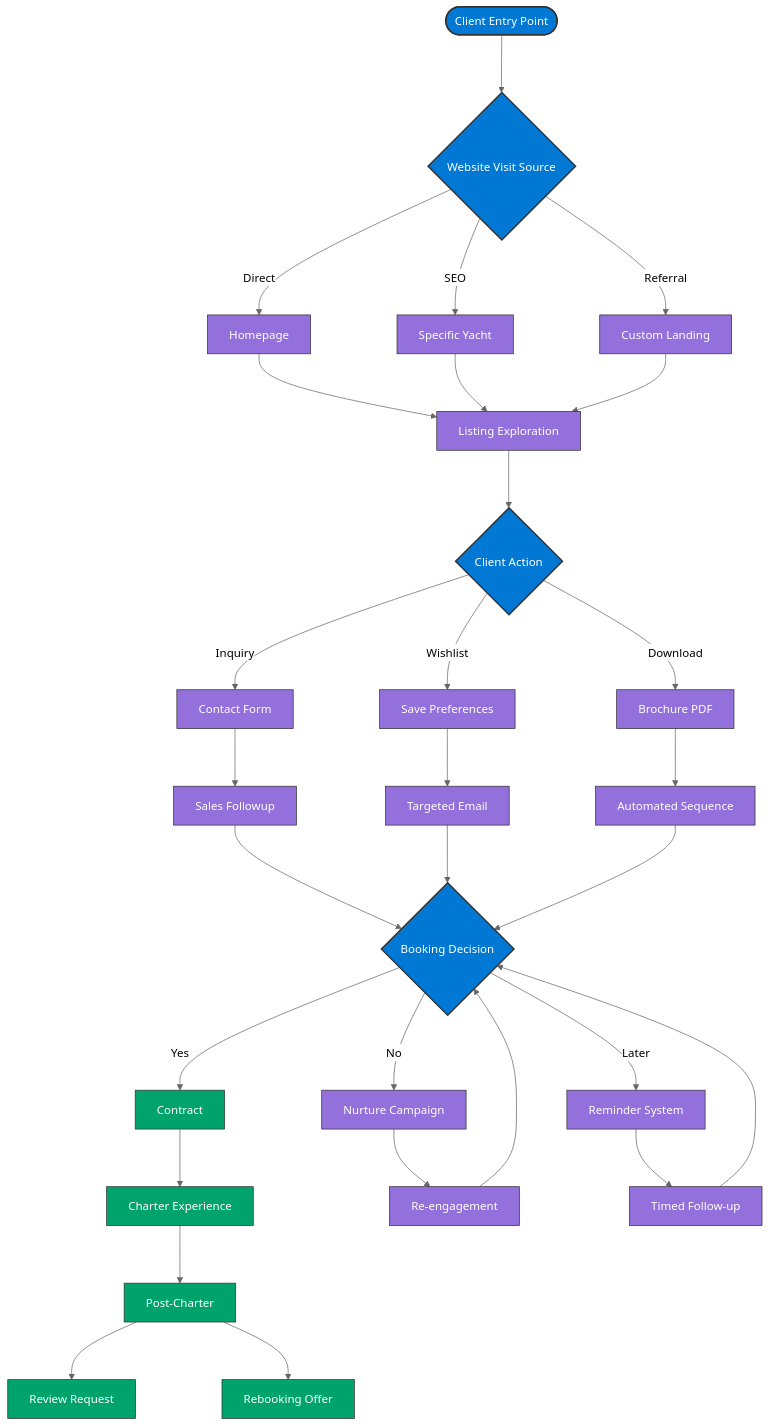
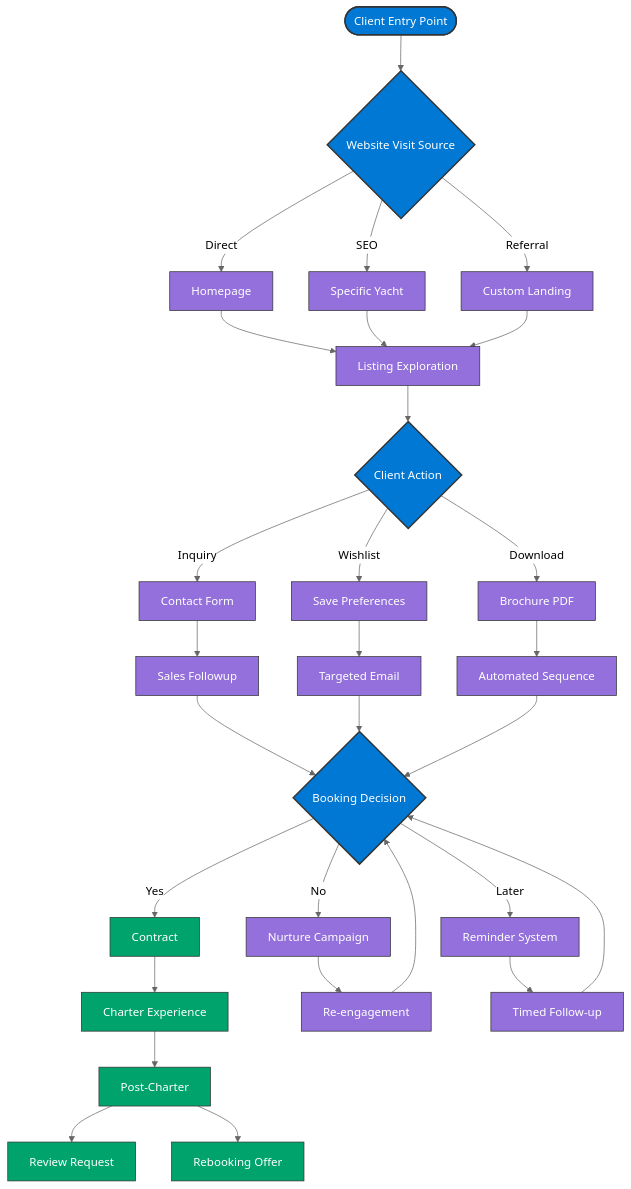
One commit to szemkoff/azurecharters changed the third of 3 diagrams in docs/framework-overview.md. Above: the diagram before and after it, drawn with Mermaid. The commit also changed other lines of this file and 2 other files, not shown here.

Commit message:
Simplify Mermaid diagrams to use basic graph TD syntax for vertical layout

````diff
--- a/docs/framework-overview.md
+++ b/docs/framework-overview.md
@@ -178,112 +100,53 @@
 ```mermaid
-%%{init: {'theme': 'neutral', 'securityLevel': 'loose', 'flowchart': {'rankSpacing': 80, 'nodeSpacing': 120, 'rankdir': 'TB'}}}%%
-flowchart TB
-    %% Entry point
-    Start([Client Entry Point])
+%%{init: {'securityLevel': 'loose', 'theme': 'neutral'}}%%
+graph TD
+    Start([Client Entry Point]) --> A{Website Visit Source}
     
-    %% Visit source level
-    A{Website Visit Source}
+    A -->|Direct| B[Homepage]
+    A -->|SEO| C[Specific Yacht]
+    A -->|Referral| D[Custom Landing]
     
-    %% Visit source connection
-    Start --> A
-    
-    %% Visit source options
-    B[Homepage]
-    C[Specific Yacht]
-    D[Custom Landing]
-    
-    %% Visit source option connections
-    A -->|Direct| B
-    A -->|SEO| C
-    A -->|Referral| D
-    
-    %% Exploration level
-    E[Listing Exploration]
-    
-    %% Exploration connections
-    B --> E
+    B --> E[Listing Exploration]
     C --> E
     D --> E
     
-    %% Client action level
-    F{Client Action}
+    E --> F{Client Action}
     
-    %% Action connection
-    E --> F
+    F -->|Inquiry| G[Contact Form]
+    F -->|Wishlist| H[Save Preferences]
+    F -->|Download| I[Brochure PDF]
     
-    %% Action options
-    G[Contact Form]
-    H[Save Preferences]
-    I[Brochure PDF]
+    G --> J[Sales Followup]
+    H --> K[Targeted Email]
+    I --> L[Automated Sequence]
     
-    %% Action option connections
-    F -->|Inquiry| G
-    F -->|Wishlist| H
-    F -->|Download| I
-    
-    %% Follow-up level
-    J[Sales Followup]
-    K[Targeted Email]
-    L[Automated Sequence]
-    
-    %% Follow-up connections
-    G --> J
-    H --> K
-    I --> L
-    
-    %% Decision level
-    M{Booking Decision}
-    
-    %% Decision connections
-    J --> M
+    J --> M{Booking Decision}
     K --> M
     L --> M
     
-    %% Decision outcomes
-    N[Contract]
-    O[Nurture Campaign]
-    P[Reminder System]
+    M -->|Yes| N[Contract]
+    M -->|No| O[Nurture Campaign]
+    M -->|Later| P[Reminder System]
     
-    %% Outcome connections
-    M -->|Yes| N
-    M -->|No| O
-    M -->|Later| P
+    N --> Q[Charter Experience]
+    O --> R[Re-engagement]
+    P --> S[Timed Follow-up]
     
-    %% Experience level
-    Q[Charter Experience]
-    R[Re-engagement]
-    S[Timed Follow-up]
-    
-    %% Experience connections
-    N --> Q
-    O --> R
-    P --> S
-    
-    %% Re-engagement connections
     R --> M
     S --> M
     
-    %% Post-charter level
-    T[Post-Charter]
+    Q --> T[Post-Charter]
     
-    %% Post-charter connection
-    Q --> T
-    
-    %% Follow-up level
-    U[Review Request]
-    V[Rebooking Offer]
-    
-    %% Follow-up connections
-    T --> U
-    T --> V
+    T --> U[Review Request]
+    T --> V[Rebooking Offer]
     
     %% Styling
-    classDef entryNode fill:#0078D4,color:#ffffff,stroke:#333,stroke-width:2px
-    classDef decisionNode fill:#9370DB,color:#ffffff,stroke:#333,stroke-width:1px
-    classDef successNode fill:#00A36C,color:#ffffff,stroke:#333,stroke-width:1px
+    classDef entryNode fill:#0078D4,color:#ffffff,stroke:#333,stroke-width:2px;
+    classDef decisionNode fill:#9370DB,color:#ffffff,stroke:#333,stroke-width:1px;
+    classDef successNode fill:#00A36C,color:#ffffff,stroke:#333,stroke-width:1px;
     
     %% Apply styles
-    class Start,A,F,M entryNode
-    class B,C,D,E,G,H,I,J,K,L,O,P,R,S decisionNode
-    class N,Q,T,U,V successNode
+    class Start,A,F,M entryNode;
+    class B,C,D,E,G,H,I,J,K,L,O,P,R,S decisionNode;
+    class N,Q,T,U,V successNode;
 ```
````
